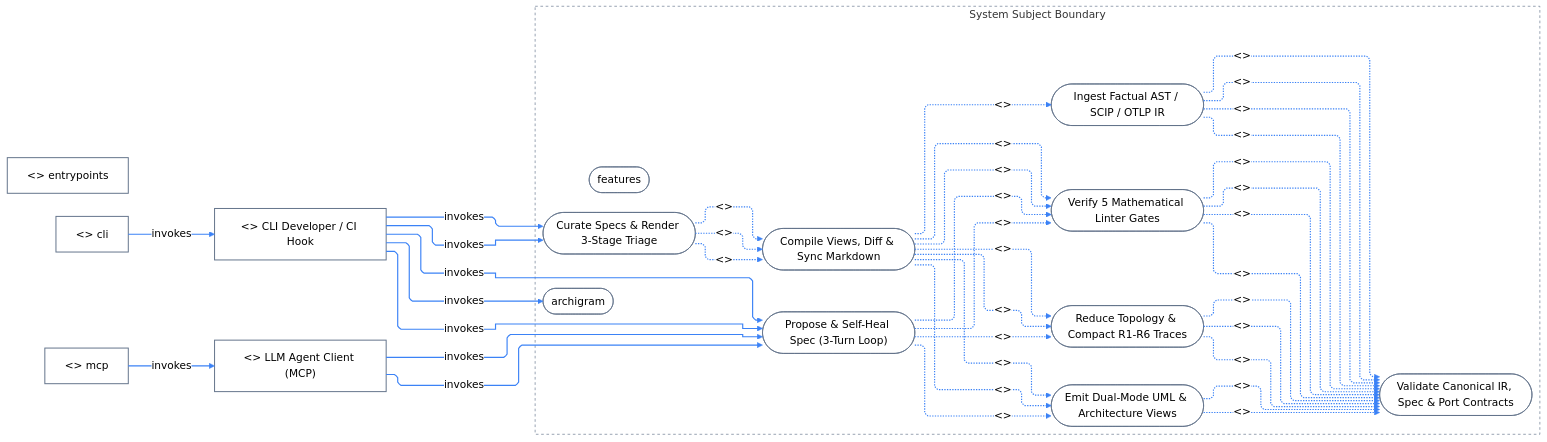
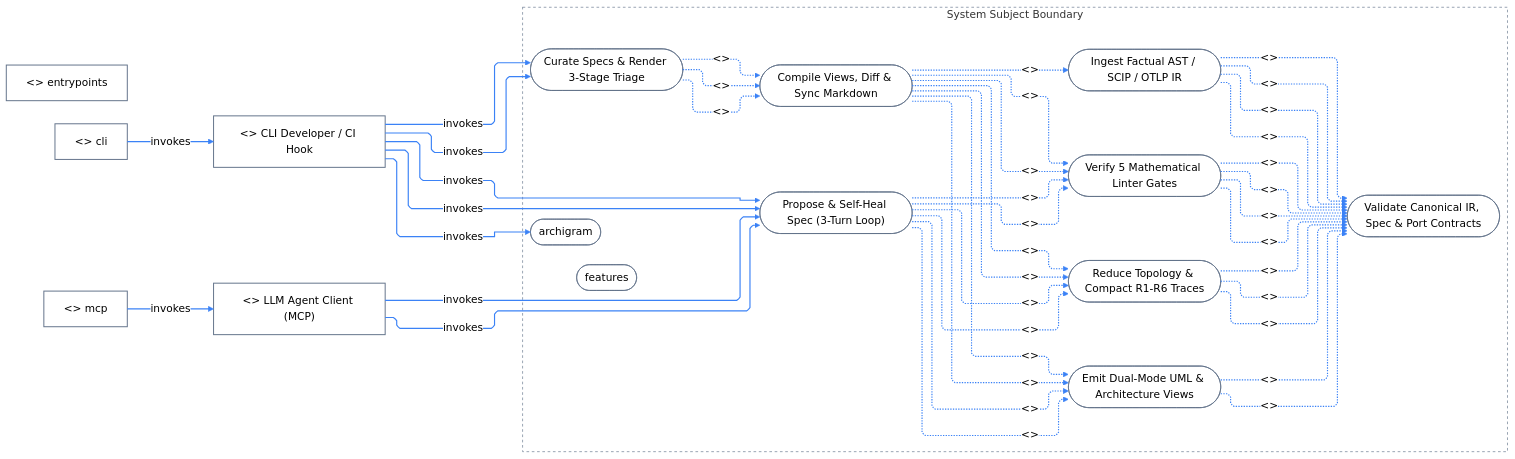
Before and after one commit to klcd/archigram: the fifth of 8 diagrams in docs/architecture/uml-and-curation-showcase.md, drawn with Mermaid (neutral theme). The commit also changed other lines of this file and 44 other files, not shown here.

````diff
--- a/docs/architecture/uml-and-curation-showcase.md
+++ b/docs/architecture/uml-and-curation-showcase.md
@@ -469,69 +471,71 @@
 ```mermaid
 ---
 config:
   layout: elk
   elk:
     mergeEdges: false
     nodePlacementStrategy: BRANDES_KOEPF
   flowchart:
     defaultRenderer: elk
     curve: linear
 ---
 flowchart LR
   classDef default fill:transparent,stroke:#64748b,stroke-width:1.5px
   u0["<<actor>> CLI Developer / CI Hook"]
   u1["<<actor>> LLM Agent Client (MCP)"]
   u3["<<actor>> entrypoints"]
   u4["<<actor>> cli"]
   u5["<<actor>> mcp"]
   subgraph sys_boundary["System Subject Boundary"]
     u2(["archigram"])
     u6(["features"])
     u7(["Compile Views, Diff & Sync Markdown"])
     u8(["Curate Specs & Render 3-Stage Triage"])
     u9(["Validate Canonical IR, Spec & Port Contracts"])
     u10(["Emit Dual-Mode UML & Architecture Views"])
     u11(["Ingest Factual AST / SCIP / OTLP IR"])
     u12(["Propose & Self-Heal Spec (3-Turn Loop)"])
     u13(["Reduce Topology & Compact R1-R6 Traces"])
     u14(["Verify 5 Mathematical Linter Gates"])
   end
   style sys_boundary fill:transparent,stroke:#64748b,stroke-width:1px,stroke-dasharray:4 4
   u0 -->|"invokes"| u2
   u4 -->|"invokes"| u0
   u5 -->|"invokes"| u1
   u8 -.->|"<<include>>"| u7
   u8 -.->|"<<include>>"| u7
   u8 -.->|"<<include>>"| u7
   u0 -->|"invokes"| u8
   u0 -->|"invokes"| u8
   u14 -.->|"<<include>>"| u9
   u10 -.->|"<<include>>"| u9
   u13 -.->|"<<include>>"| u9
   u14 -.->|"<<include>>"| u9
   u14 -.->|"<<include>>"| u9
   u14 -.->|"<<include>>"| u9
   u11 -.->|"<<include>>"| u9
   u11 -.->|"<<include>>"| u9
   u11 -.->|"<<include>>"| u9
   u11 -.->|"<<include>>"| u9
   u13 -.->|"<<include>>"| u9
   u10 -.->|"<<include>>"| u9
   u13 -.->|"<<include>>"| u9
   u7 -.->|"<<include>>"| u10
   u7 -.->|"<<include>>"| u10
   u12 -.->|"<<include>>"| u10
+  u12 -.->|"<<include>>"| u10
   u7 -.->|"<<include>>"| u11
   u12 -.->|"<<include>>"| u14
   u7 -.->|"<<include>>"| u14
   u7 -.->|"<<include>>"| u14
   u12 -.->|"<<include>>"| u14
   u1 -->|"invokes"| u12
   u1 -->|"invokes"| u12
   u0 -->|"invokes"| u12
   u0 -->|"invokes"| u12
   u7 -.->|"<<include>>"| u13
   u7 -.->|"<<include>>"| u13
   u12 -.->|"<<include>>"| u13
-  linkStyle 0,1,2,3,4,5,6,7,8,9,10,11,12,13,14,15,16,17,18,19,20,21,22,23,24,25,26,27,28,29,30,31,32,33,34,35 stroke:#3b82f6,stroke-width:1.75px
+  u12 -.->|"<<include>>"| u13
+  linkStyle 0,1,2,3,4,5,6,7,8,9,10,11,12,13,14,15,16,17,18,19,20,21,22,23,24,25,26,27,28,29,30,31,32,33,34,35,36,37 stroke:#3b82f6,stroke-width:1.75px
 ```
````
